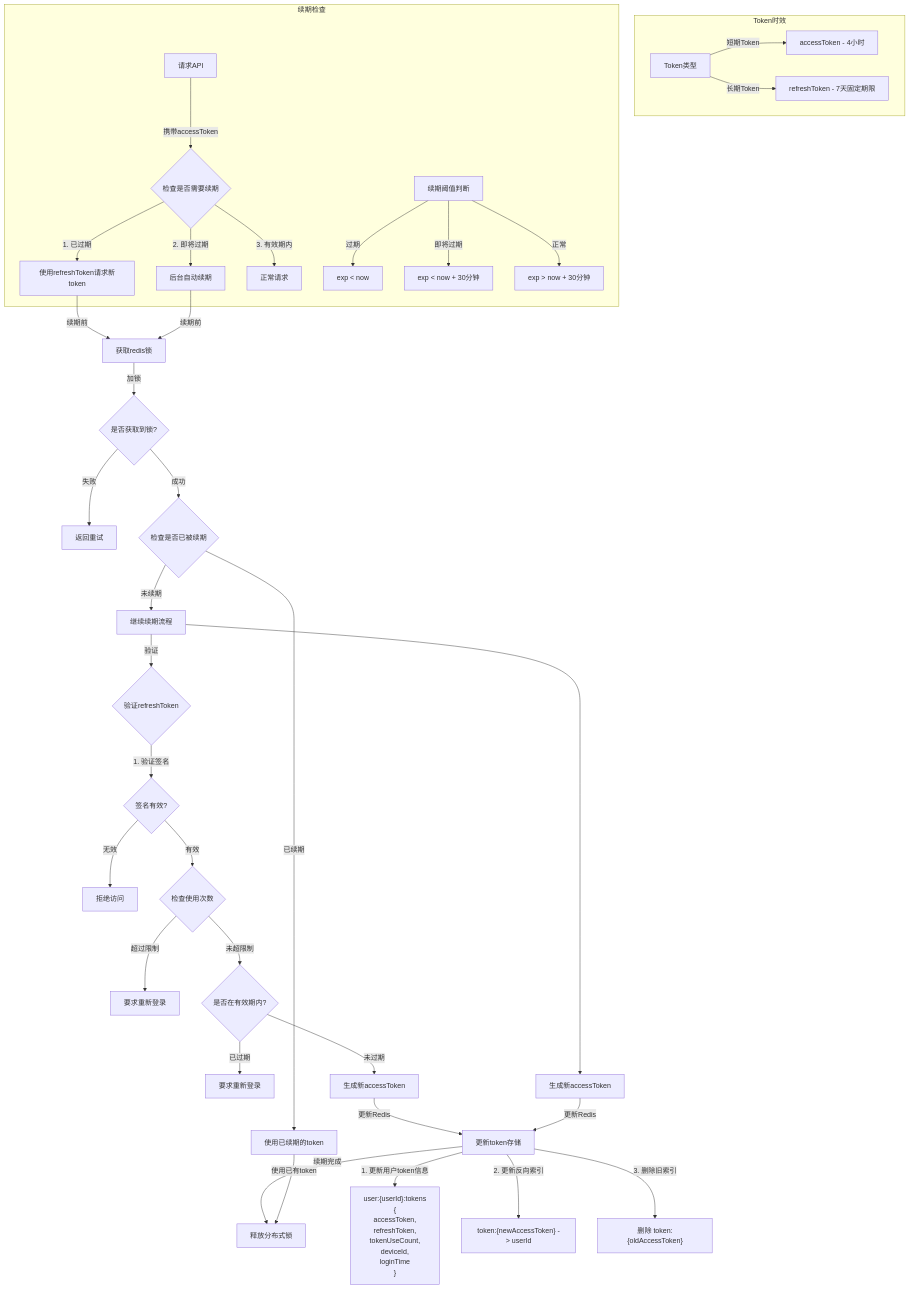
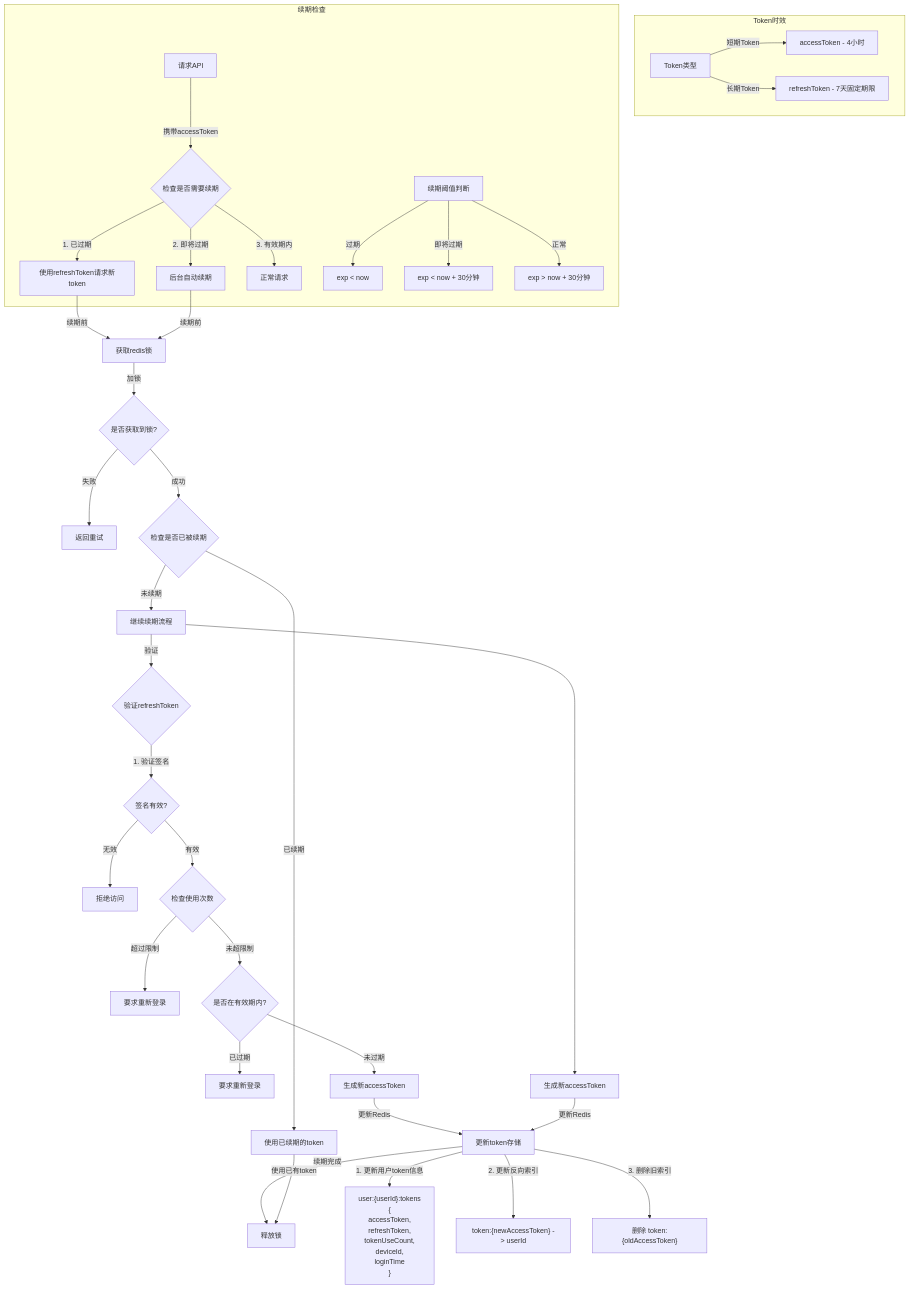
Before and after one commit to yingjianzh/iodraw-files: the diagram in all/考虑修改-15.md, drawn with Mermaid.

Commit message:
2025-01-03 09:36:21 update

````diff
--- a/all/考虑修改-15.md
+++ b/all/考虑修改-15.md
@@ -1,56 +1,56 @@
 ```mermaid
 flowchart TD
     subgraph Token时效
         A[Token类型] -->|短期Token| B[accessToken - 4小时]
         A -->|长期Token| C[refreshToken - 7天固定期限]
     end
 
     subgraph 续期检查
         F[请求API] -->|携带accessToken| G{检查是否需要续期}
         G -->|1. 已过期| H[使用refreshToken请求新token]
         G -->|2. 即将过期| I[后台自动续期]
         G -->|3. 有效期内| J[正常请求]
         
         %% 续期阈值判断
         K[续期阈值判断]
         K -->|过期| L[exp < now]
         K -->|即将过期| M[exp < now + 30分钟]
         K -->|正常| N[exp > now + 30分钟]
     end
 
     H & I -->|续期前| LC[获取redis锁]
     LC -->|加锁| LD{是否获取到锁?}
     LD -->|失败| LE[返回重试]
     LD -->|成功| LF{检查是否已被续期}
     LF -->|已续期| LG[使用已续期的token]
     LF -->|未续期| LH[继续续期流程]   
 
     %% 续期流程
     LH -->|验证| O{验证refreshToken}
     O -->|1. 验证签名| P{签名有效?}
     P -->|无效| Q1[拒绝访问]
     P -->|有效| R{检查使用次数}
     R -->|超过限制| S[要求重新登录]
     R -->|未超限制| T{是否在有效期内?}
     T -->|已过期| U[要求重新登录]
     T -->|未过期| V[生成新accessToken]
     
     LH --> W[生成新accessToken]
     
     %% Redis更新
     V & W -->|更新Redis| X[更新token存储]
     X -->|1. 更新用户token信息| Y["user:{userId}:tokens 
     {
         accessToken,
         refreshToken,
         tokenUseCount,
         deviceId,
         loginTime
     }"]
     X -->|2. 更新反向索引| Z["token:{newAccessToken} -> userId"]
     X -->|3. 删除旧索引| AA["删除 token:{oldAccessToken}"]
 
     %% 释放锁
-    X -->|续期完成| LI[释放分布式锁]
+    X -->|续期完成| LI[释放锁]
     LG -->|使用已有token| LI
 ```
````
